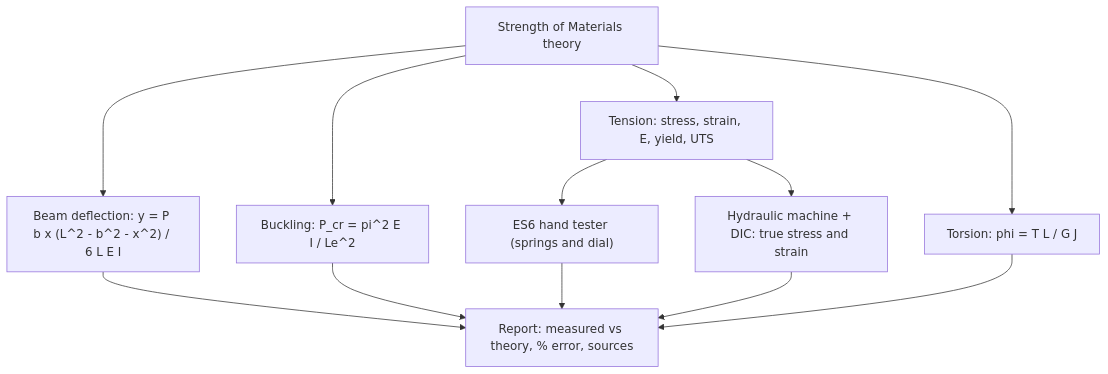
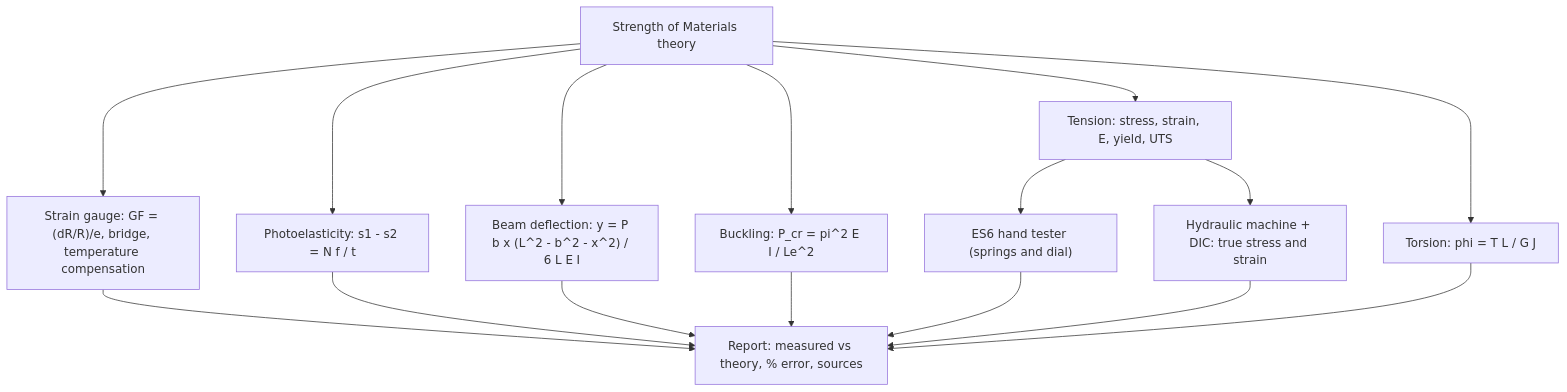
One commit to Ajay-Sankar-T/Obsidian-Vault changed the first of 2 diagrams in mech stuff/Fluid Mechanics Lab/Applied Mechanics Lab - MOC.md. Above: the diagram before and after it, drawn with Mermaid. The commit also changed other lines of this file and 120 other files, not shown here.

First line of the commit message:
Add Strength of Materials formula and question bank, Applied Mechanics Lab mock papers, and strain-gauge and photoelasticity lab notes

````diff
--- a/mech stuff/Fluid Mechanics Lab/Applied Mechanics Lab - MOC.md
+++ b/mech stuff/Fluid Mechanics Lab/Applied Mechanics Lab - MOC.md
@@ -22,14 +22,18 @@
 ```mermaid
 graph TD
     SoM["Strength of Materials theory"] --> B["Beam deflection: y = P b x (L^2 - b^2 - x^2) / 6 L E I"]
     SoM --> K["Buckling: P_cr = pi^2 E I / Le^2"]
     SoM --> T["Tension: stress, strain, E, yield, UTS"]
     SoM --> R["Torsion: phi = T L / G J"]
+    SoM --> SG["Strain gauge: GF = (dR/R)/e, bridge, temperature compensation"]
+    SoM --> PE["Photoelasticity: s1 - s2 = N f / t"]
+    SG --> E
+    PE --> E
     T --> ES6["ES6 hand tester (springs and dial)"]
     T --> DIC["Hydraulic machine + DIC: true stress and strain"]
     B --> E["Report: measured vs theory, % error, sources"]
     K --> E
     ES6 --> E
     DIC --> E
     R --> E
 ```
````
